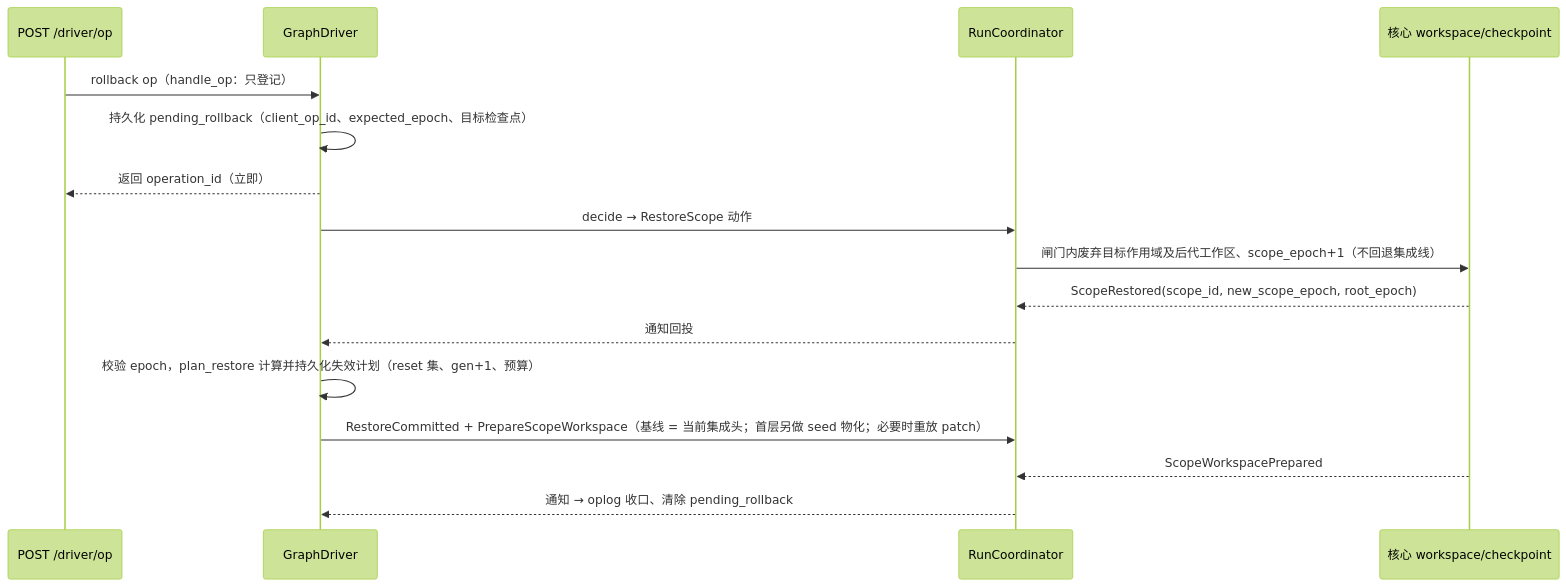
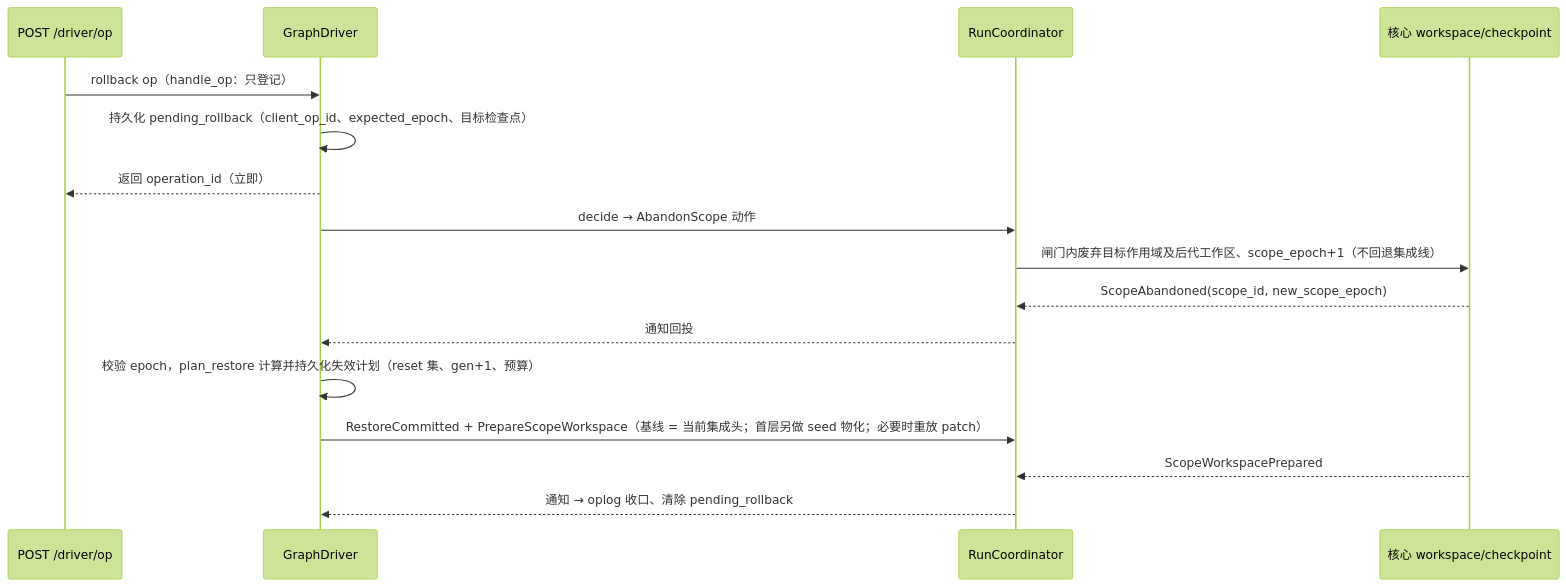
Before and after one commit to cywang6/axcor: the fifth of 6 diagrams in docs/specs/traceback-workspace-rollback.md, drawn with Mermaid (forest theme). The commit also changed other lines of this file and 2 other files, not shown here.

````diff
--- a/docs/specs/traceback-workspace-rollback.md
+++ b/docs/specs/traceback-workspace-rollback.md
@@ -499,18 +514,18 @@
 ```mermaid
 sequenceDiagram
     participant API as POST /driver/op
     participant GD as GraphDriver
     participant RC as RunCoordinator
     participant WS as 核心 workspace/checkpoint
     API->>GD: rollback op（handle_op：只登记）
     GD->>GD: 持久化 pending_rollback（client_op_id、expected_epoch、目标检查点）
     GD-->>API: 返回 operation_id（立即）
-    GD->>RC: decide → RestoreScope 动作
+    GD->>RC: decide → AbandonScope 动作
     RC->>WS: 闸门内废弃目标作用域及后代工作区、scope_epoch+1（不回退集成线）
-    WS-->>RC: ScopeRestored(scope_id, new_scope_epoch, root_epoch)
+    WS-->>RC: ScopeAbandoned(scope_id, new_scope_epoch)
     RC-->>GD: 通知回投
     GD->>GD: 校验 epoch，plan_restore 计算并持久化失效计划（reset 集、gen+1、预算）
     GD->>RC: RestoreCommitted + PrepareScopeWorkspace（基线 = 当前集成头；首层另做 seed 物化；必要时重放 patch）
     WS-->>RC: ScopeWorkspacePrepared
     RC-->>GD: 通知 → oplog 收口、清除 pending_rollback
 ```
````
